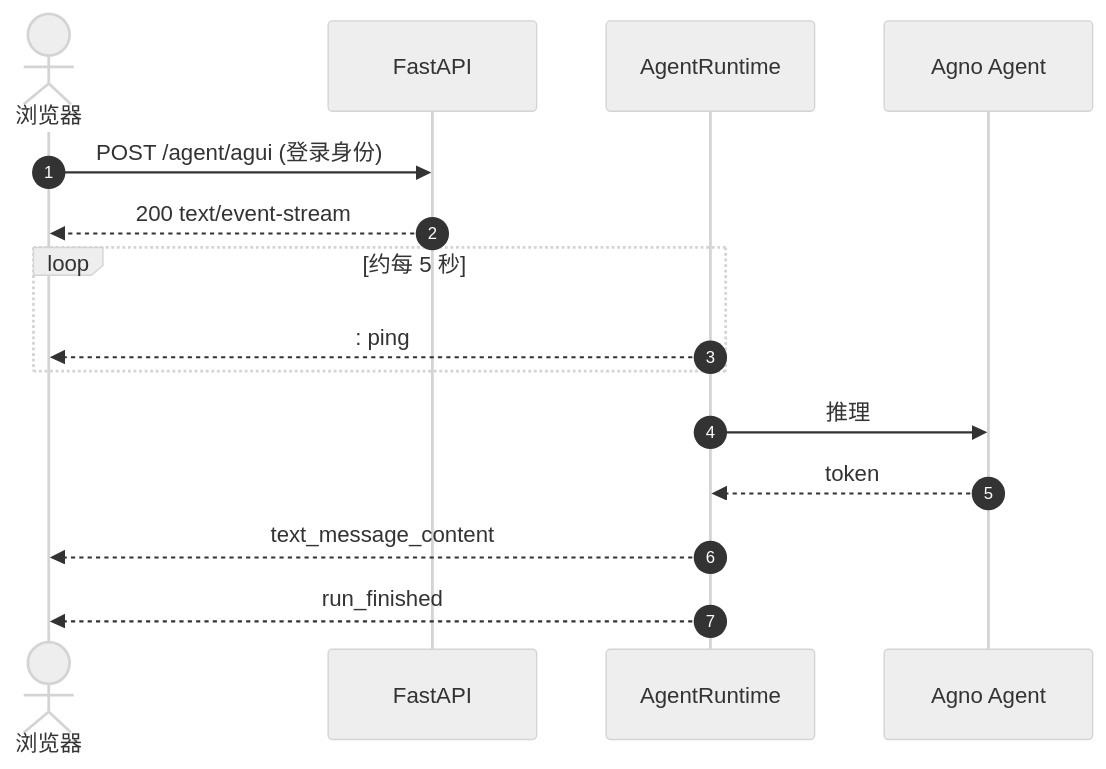
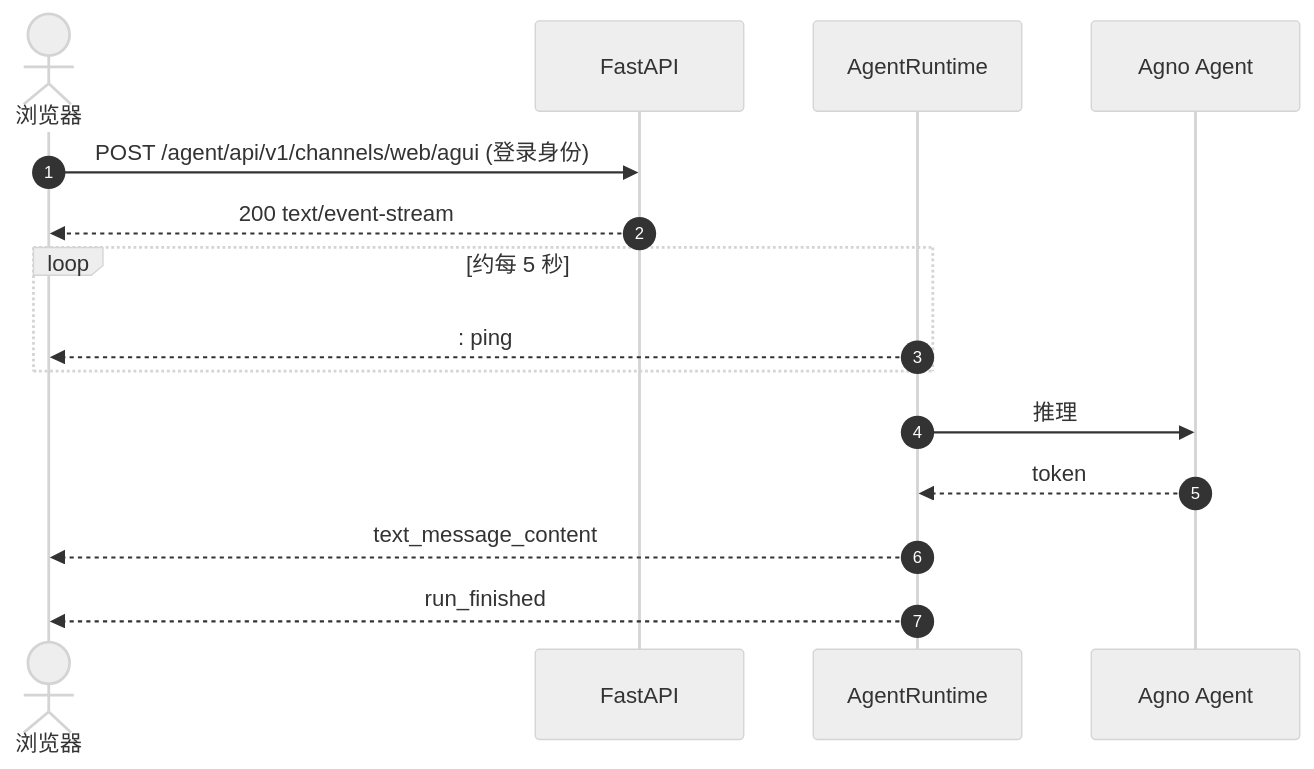
One commit to BrikerMan/agno-harness changed the diagram in docs/zh/00-agent-cookbook/02-web-fastapi-agent.md. Above: the diagram before and after it, drawn with Mermaid (neutral theme). The commit also changed other lines of this file and 103 other files, not shown here.

First line of the commit message:
docs: update API endpoints and enhance documentation for agent integration

````diff
--- a/docs/zh/00-agent-cookbook/02-web-fastapi-agent.md
+++ b/docs/zh/00-agent-cookbook/02-web-fastapi-agent.md
@@ -37,18 +37,18 @@
 ```mermaid
 sequenceDiagram
     autonumber
     actor Browser as 浏览器
     participant Router as FastAPI
     participant Runtime as AgentRuntime
     participant LLM as Agno Agent
 
-    Browser->>Router: POST /agent/agui (登录身份)
+    Browser->>Router: POST /agent/api/v1/channels/web/agui (登录身份)
     Router-->>Browser: 200 text/event-stream
     loop 约每 5 秒
         Runtime-->>Browser: : ping
     end
     Runtime->>LLM: 推理
     LLM-->>Runtime: token
     Runtime-->>Browser: text_message_content
     Runtime-->>Browser: run_finished
 ```
````
